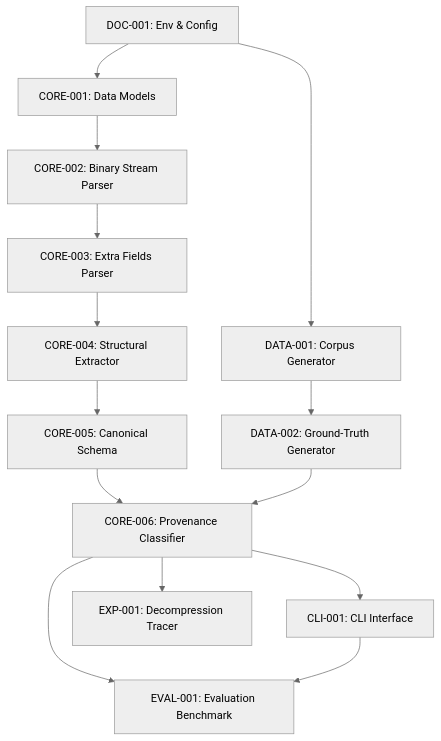
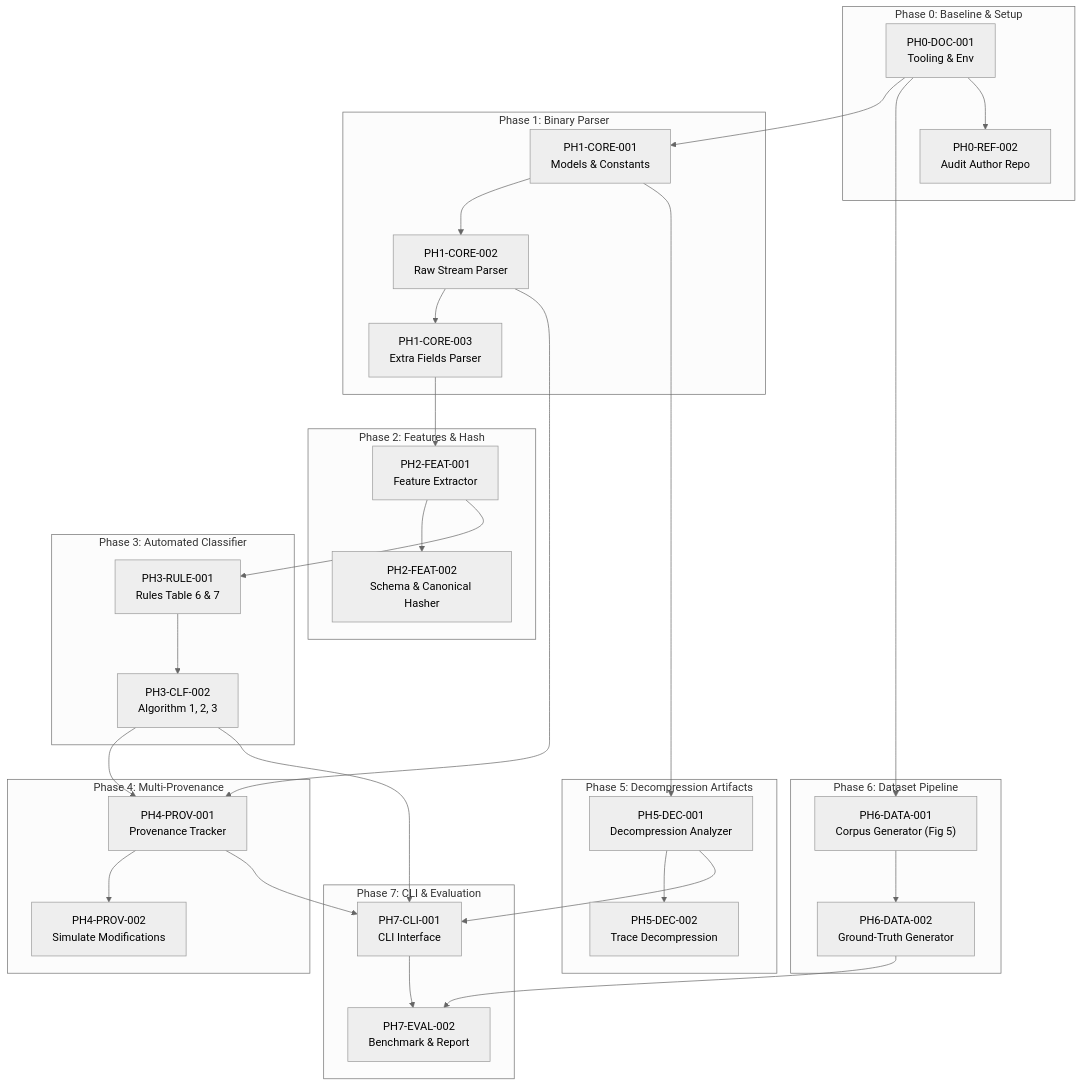
The diagram in docs/project/implementation-plan.md (HuynhHHuy/zip-fingerprinting), drawn with Mermaid (neutral theme) before and after one commit. The commit also changed other lines of this file and 48 other files, not shown here.

Commit message:
feat: setup full repo structure, paper alignment and granular implementation plan

````diff
--- a/docs/project/implementation-plan.md
+++ b/docs/project/implementation-plan.md
@@ -226,16 +404,64 @@
 ```mermaid
-graph TD
-    DOC-001[DOC-001: Env & Config] --> DATA-001[DATA-001: Corpus Generator]
-    DOC-001 --> CORE-001[CORE-001: Data Models]
-    DATA-001 --> DATA-002[DATA-002: Ground-Truth Generator]
-    CORE-001 --> CORE-002[CORE-002: Binary Stream Parser]
-    CORE-002 --> CORE-003[CORE-003: Extra Fields Parser]
-    CORE-003 --> CORE-004[CORE-004: Structural Extractor]
-    CORE-004 --> CORE-005[CORE-005: Canonical Schema]
-    CORE-005 --> CORE-006[CORE-006: Provenance Classifier]
-    DATA-002 --> CORE-006
-    CORE-006 --> CLI-001[CLI-001: CLI Interface]
-    CORE-006 --> EXP-001[EXP-001: Decompression Tracer]
-    CORE-006 --> EVAL-001[EVAL-001: Evaluation Benchmark]
-    CLI-001 --> EVAL-001
+flowchart TD
+    subgraph Phase0["Phase 0: Baseline & Setup"]
+        PH0_DOC["PH0-DOC-001<br>Tooling & Env"]
+        PH0_REF["PH0-REF-002<br>Audit Author Repo"]
+    end
+
+    subgraph Phase1["Phase 1: Binary Parser"]
+        PH1_MOD["PH1-CORE-001<br>Models & Constants"]
+        PH1_PAR["PH1-CORE-002<br>Raw Stream Parser"]
+        PH1_EXT["PH1-CORE-003<br>Extra Fields Parser"]
+    end
+
+    subgraph Phase2["Phase 2: Features & Hash"]
+        PH2_FEAT["PH2-FEAT-001<br>Feature Extractor"]
+        PH2_HASH["PH2-FEAT-002<br>Schema & Canonical Hasher"]
+    end
+
+    subgraph Phase3["Phase 3: Automated Classifier"]
+        PH3_RULE["PH3-RULE-001<br>Rules Table 6 & 7"]
+        PH3_CLF["PH3-CLF-002<br>Algorithm 1, 2, 3"]
+    end
+
+    subgraph Phase4["Phase 4: Multi-Provenance"]
+        PH4_PROV["PH4-PROV-001<br>Provenance Tracker"]
+        PH4_SIM["PH4-PROV-002<br>Simulate Modifications"]
+    end
+
+    subgraph Phase5["Phase 5: Decompression Artifacts"]
+        PH5_DEC["PH5-DEC-001<br>Decompression Analyzer"]
+        PH5_TRC["PH5-DEC-002<br>Trace Decompression"]
+    end
+
+    subgraph Phase6["Phase 6: Dataset Pipeline"]
+        PH6_CORP["PH6-DATA-001<br>Corpus Generator (Fig 5)"]
+        PH6_GEN["PH6-DATA-002<br>Ground-Truth Generator"]
+    end
+
+    subgraph Phase7["Phase 7: CLI & Evaluation"]
+        PH7_CLI["PH7-CLI-001<br>CLI Interface"]
+        PH7_EVAL["PH7-EVAL-002<br>Benchmark & Report"]
+    end
+
+    PH0_DOC --> PH1_MOD
+    PH0_DOC --> PH6_CORP
+    PH0_DOC --> PH0_REF
+    PH1_MOD --> PH1_PAR
+    PH1_PAR --> PH1_EXT
+    PH1_EXT --> PH2_FEAT
+    PH2_FEAT --> PH2_HASH
+    PH2_FEAT --> PH3_RULE
+    PH3_RULE --> PH3_CLF
+    PH1_PAR --> PH4_PROV
+    PH3_CLF --> PH4_PROV
+    PH4_PROV --> PH4_SIM
+    PH1_MOD --> PH5_DEC
+    PH5_DEC --> PH5_TRC
+    PH6_CORP --> PH6_GEN
+    PH6_GEN --> PH7_EVAL
+    PH3_CLF --> PH7_CLI
+    PH4_PROV --> PH7_CLI
+    PH5_DEC --> PH7_CLI
+    PH7_CLI --> PH7_EVAL
 ```
````
